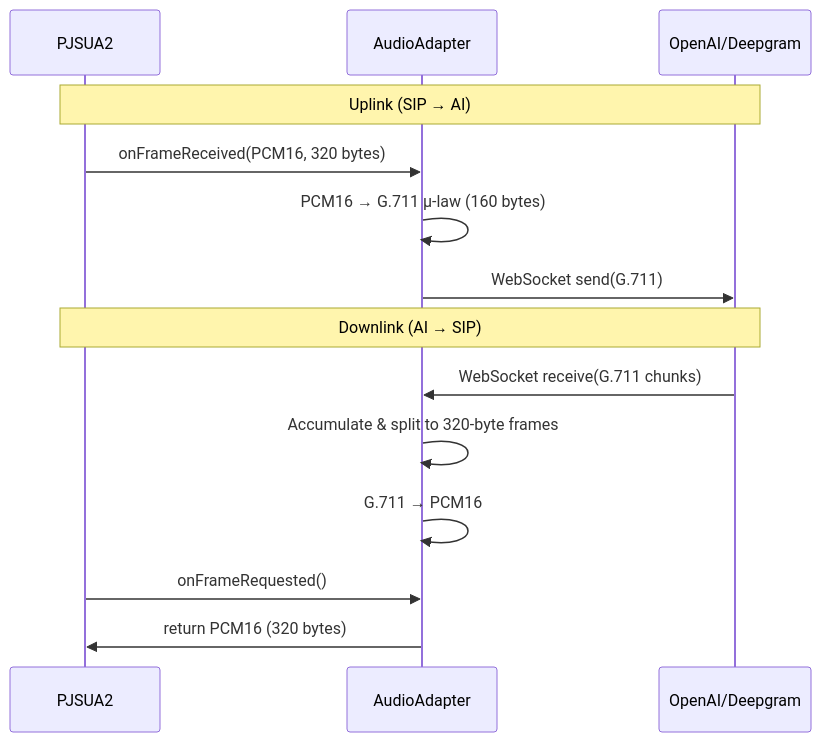
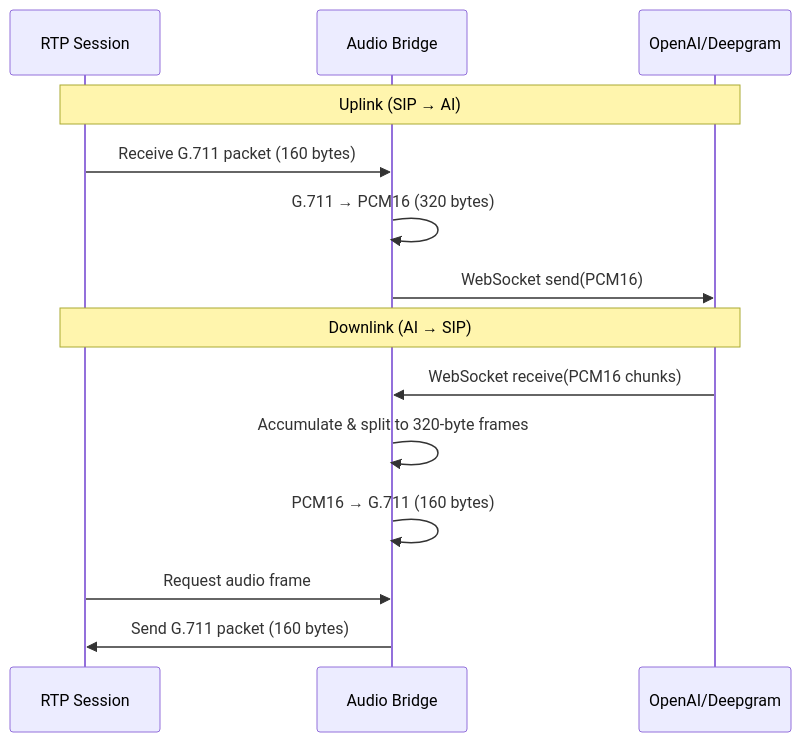
The second of 2 diagrams in README.md (aicc2025/sip-to-ai), drawn with Mermaid before and after one commit. The commit also changed other lines of this file and 1 other file, not shown here.

````diff
--- a/README.md
+++ b/README.md
@@ -90,18 +90,18 @@
 ```mermaid
 sequenceDiagram
-    participant PJSUA2
-    participant AudioAdapter
+    participant RTP as RTP Session
+    participant Bridge as Audio Bridge
     participant AI as OpenAI/Deepgram
 
-    Note over PJSUA2,AI: Uplink (SIP → AI)
-    PJSUA2->>AudioAdapter: onFrameReceived(PCM16, 320 bytes)
-    AudioAdapter->>AudioAdapter: PCM16 → G.711 μ-law (160 bytes)
-    AudioAdapter->>AI: WebSocket send(G.711)
+    Note over RTP,AI: Uplink (SIP → AI)
+    RTP->>Bridge: Receive G.711 packet (160 bytes)
+    Bridge->>Bridge: G.711 → PCM16 (320 bytes)
+    Bridge->>AI: WebSocket send(PCM16)
 
-    Note over PJSUA2,AI: Downlink (AI → SIP)
-    AI->>AudioAdapter: WebSocket receive(G.711 chunks)
-    AudioAdapter->>AudioAdapter: Accumulate & split to 320-byte frames
-    AudioAdapter->>AudioAdapter: G.711 → PCM16
-    PJSUA2->>AudioAdapter: onFrameRequested()
-    AudioAdapter->>PJSUA2: return PCM16 (320 bytes)
+    Note over RTP,AI: Downlink (AI → SIP)
+    AI->>Bridge: WebSocket receive(PCM16 chunks)
+    Bridge->>Bridge: Accumulate & split to 320-byte frames
+    Bridge->>Bridge: PCM16 → G.711 (160 bytes)
+    RTP->>Bridge: Request audio frame
+    Bridge->>RTP: Send G.711 packet (160 bytes)
 ```
````
